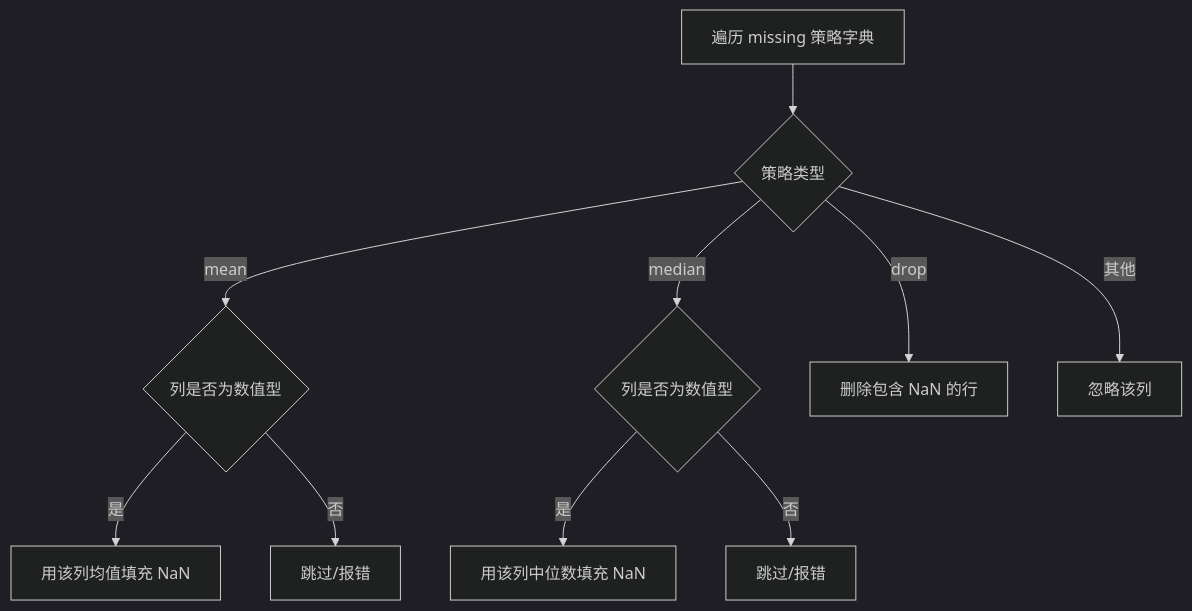
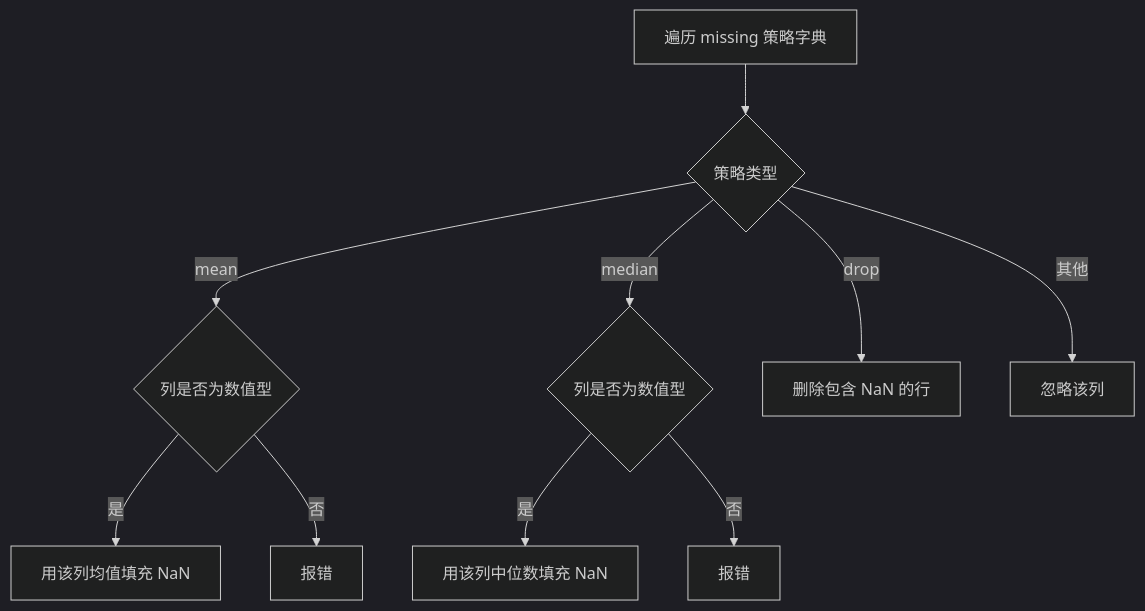
The second of 3 diagrams in docs/2-数据清洗模块/开发文档.md (HuayiDudu/Interactive-Data-Analysis-System), drawn with Mermaid (dark theme) before and after one commit. The commit also changed 8 other files, not shown here.

````diff
--- a/docs/2-数据清洗模块/开发文档.md
+++ b/docs/2-数据清洗模块/开发文档.md
@@ -64,12 +64,12 @@
 ```mermaid
 flowchart TD
     A["遍历 missing 策略字典"] --> B{"策略类型"}
     B -->|"mean"| C{"列是否为数值型"}
     C -->|"是"| D["用该列均值填充 NaN"]
-    C -->|"否"| E["跳过/报错"]
+    C -->|"否"| E["报错"]
     B -->|"median"| F{"列是否为数值型"}
     F -->|"是"| G["用该列中位数填充 NaN"]
-    F -->|"否"| H["跳过/报错"]
+    F -->|"否"| H["报错"]
     B -->|"drop"| I["删除包含 NaN 的行"]
     B -->|"其他"| J["忽略该列"]
 ```
````
